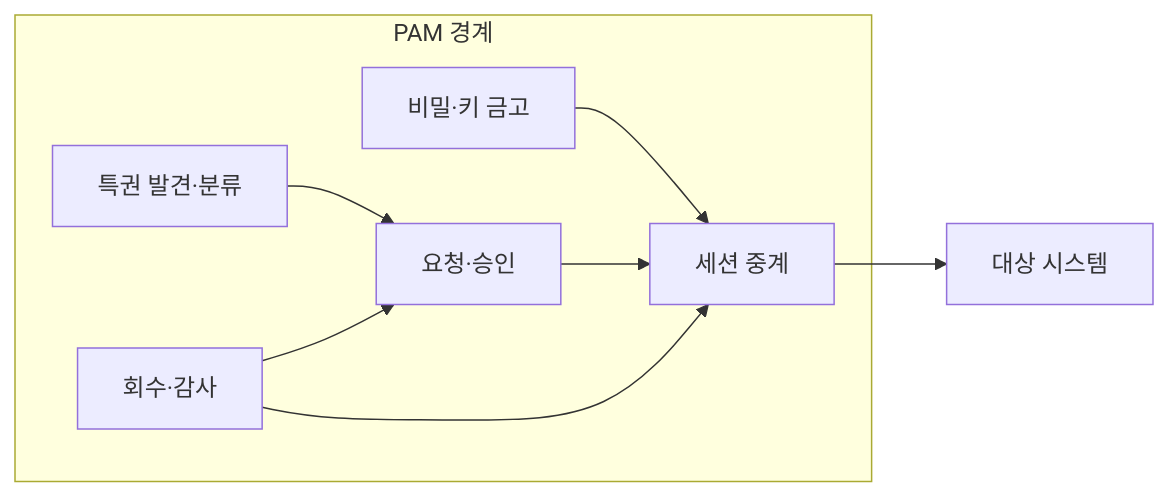
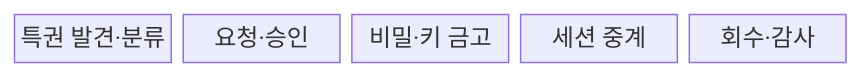
Before and after one commit to agnusdei1207/knowledge-base: the first of 2 diagrams in src/content/docs/notes/05-security/062_pam.md, drawn with Mermaid. The commit also changed other lines of this file and 5 other files, not shown here.

````diff
--- a/src/content/docs/notes/05-security/062_pam.md
+++ b/src/content/docs/notes/05-security/062_pam.md
@@ -61,11 +60,9 @@
 ```mermaid
-flowchart LR
-    subgraph PAM[PAM 경계]
-        A[특권 발견·분류] --> B[요청·승인]
-        C[비밀·키 금고] --> D[세션 중계]
-        B --> D
-        F[회수·감사] --> B
-        F --> D
-    end
-    D --> E[대상 시스템]
+block-beta
+  columns 5
+  A["특권 발견·분류"]
+  B["요청·승인"]
+  C["비밀·키 금고"]
+  D["세션 중계"]
+  E["회수·감사"]
 ```
````
